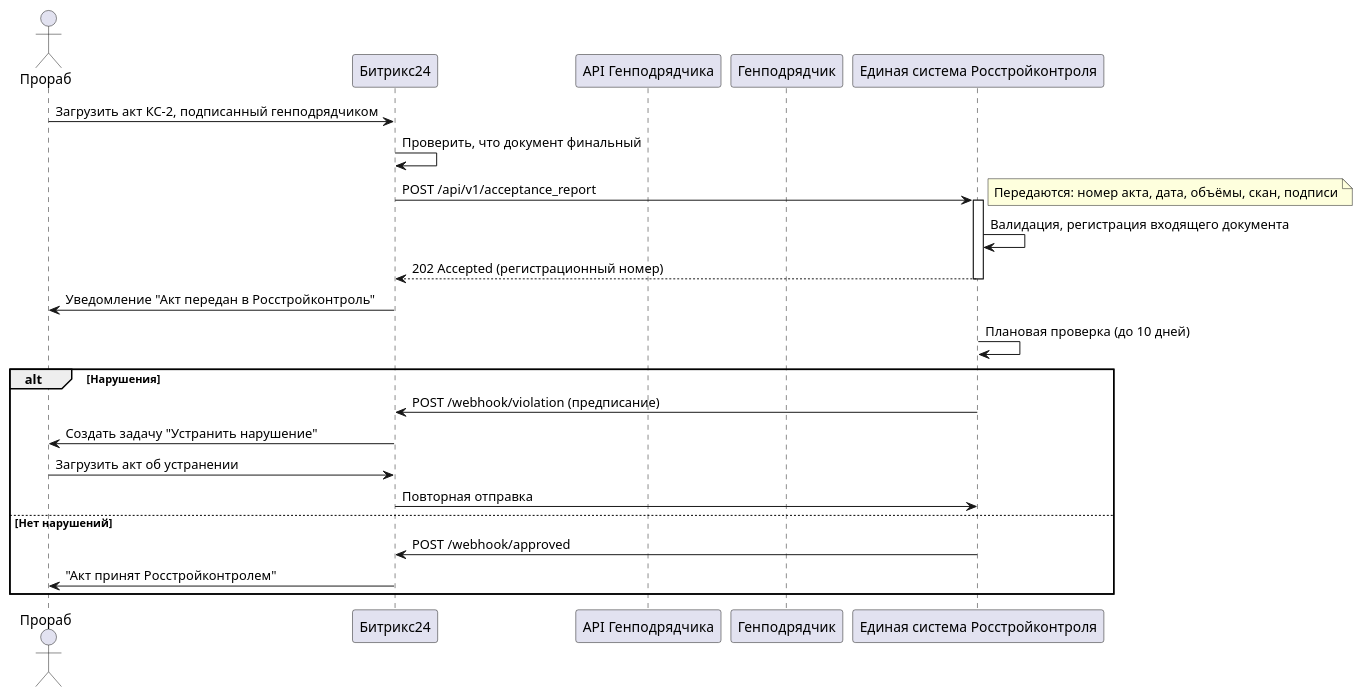
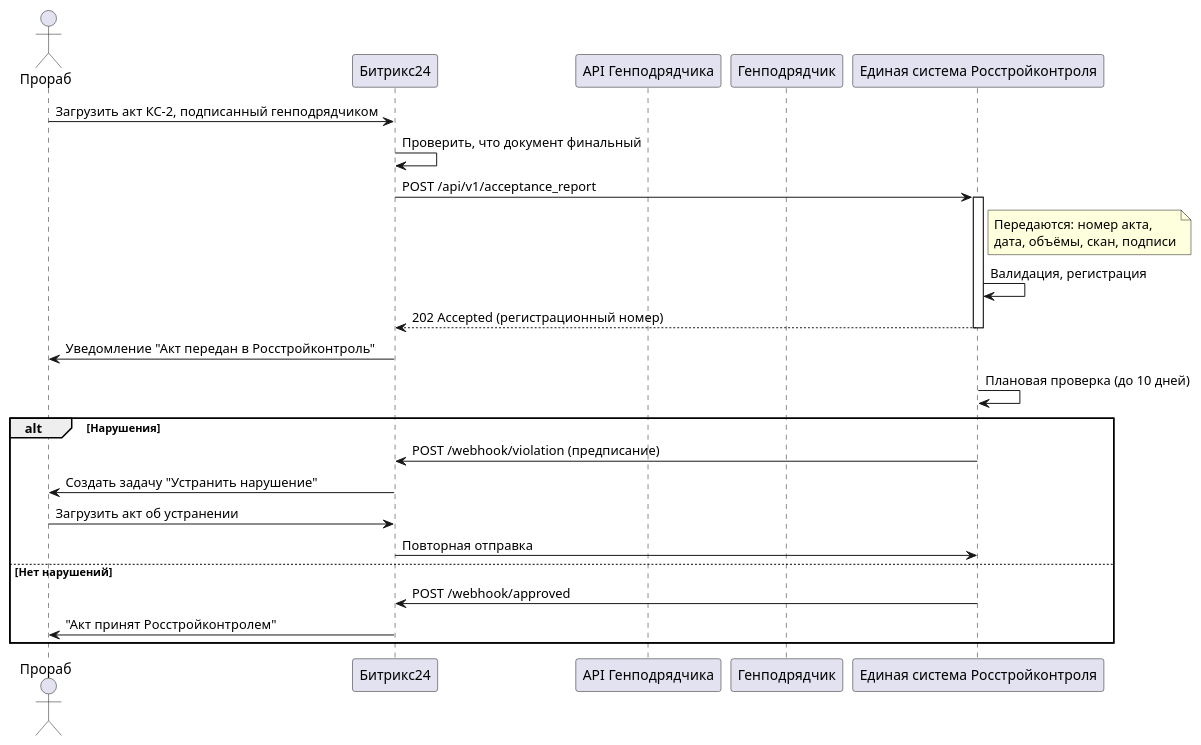
One commit to sevastiananalyst/analyst-portfolio changed the diagram in 02_bpmn_requirements_case/diagrams/sequence_rosstroikontrol.puml. Above: the diagram before and after it, drawn with PlantUML.

```diff
--- a/02_bpmn_requirements_case/diagrams/sequence_rosstroikontrol.puml
+++ b/02_bpmn_requirements_case/diagrams/sequence_rosstroikontrol.puml
@@ -1,27 +1,27 @@
 @startuml
 actor "Прораб" as P
 participant "Битрикс24" as B24
 participant "API Генподрядчика" as API_GC
 participant "Генподрядчик" as GC
 participant "Единая система Росстройконтроля" as RSK
 
 P -> B24: Загрузить акт КС-2, подписанный генподрядчиком
 B24 -> B24: Проверить, что документ финальный
 B24 -> RSK: POST /api/v1/acceptance_report
 activate RSK
-note right: Передаются: номер акта, дата, объёмы, скан, подписи
-RSK -> RSK: Валидация, регистрация входящего документа
+note right of RSK: Передаются: номер акта,\nдата, объёмы, скан, подписи
+RSK -> RSK: Валидация, регистрация
 RSK --> B24: 202 Accepted (регистрационный номер)
 deactivate RSK
 B24 -> P: Уведомление "Акт передан в Росстройконтроль"
 RSK -> RSK: Плановая проверка (до 10 дней)
 alt Нарушения
     RSK -> B24: POST /webhook/violation (предписание)
     B24 -> P: Создать задачу "Устранить нарушение"
     P -> B24: Загрузить акт об устранении
     B24 -> RSK: Повторная отправка
 else Нет нарушений
     RSK -> B24: POST /webhook/approved
     B24 -> P: "Акт принят Росстройконтролем"
 end
 @enduml
```
